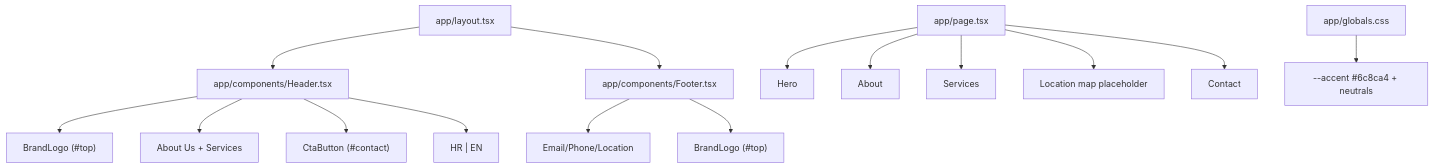
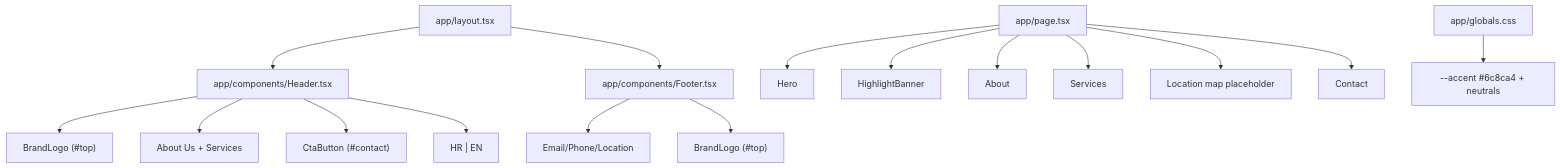
One commit to ipavic933-spec/website-pavic changed the diagram in lode/ui/summary.md. Above: the diagram before and after it, drawn with Mermaid. The commit also changed other lines of this file and 9 other files, not shown here.

````diff
--- a/lode/ui/summary.md
+++ b/lode/ui/summary.md
@@ -15,17 +16,18 @@
 ```mermaid
 graph TD
   Layout["app/layout.tsx"] --> Header["app/components/Header.tsx"]
   Header --> Branding["BrandLogo (#top)"]
   Header --> Nav["About Us + Services"]
   Header --> HeaderCTA["CtaButton (#contact)"]
   Header --> LangSwitch["HR | EN"]
   Layout --> Footer["app/components/Footer.tsx"]
   Footer --> FooterContacts["Email/Phone/Location"]
   Footer --> FooterBrand["BrandLogo (#top)"]
   HomePage["app/page.tsx"] --> Hero
+  HomePage --> Banner["HighlightBanner"]
   HomePage --> About
   HomePage --> Services
   HomePage --> Map["Location map placeholder"]
   HomePage --> Contact
   Globals["app/globals.css"] --> Palette["--accent #6c8ca4 + neutrals"]
 ```
````
